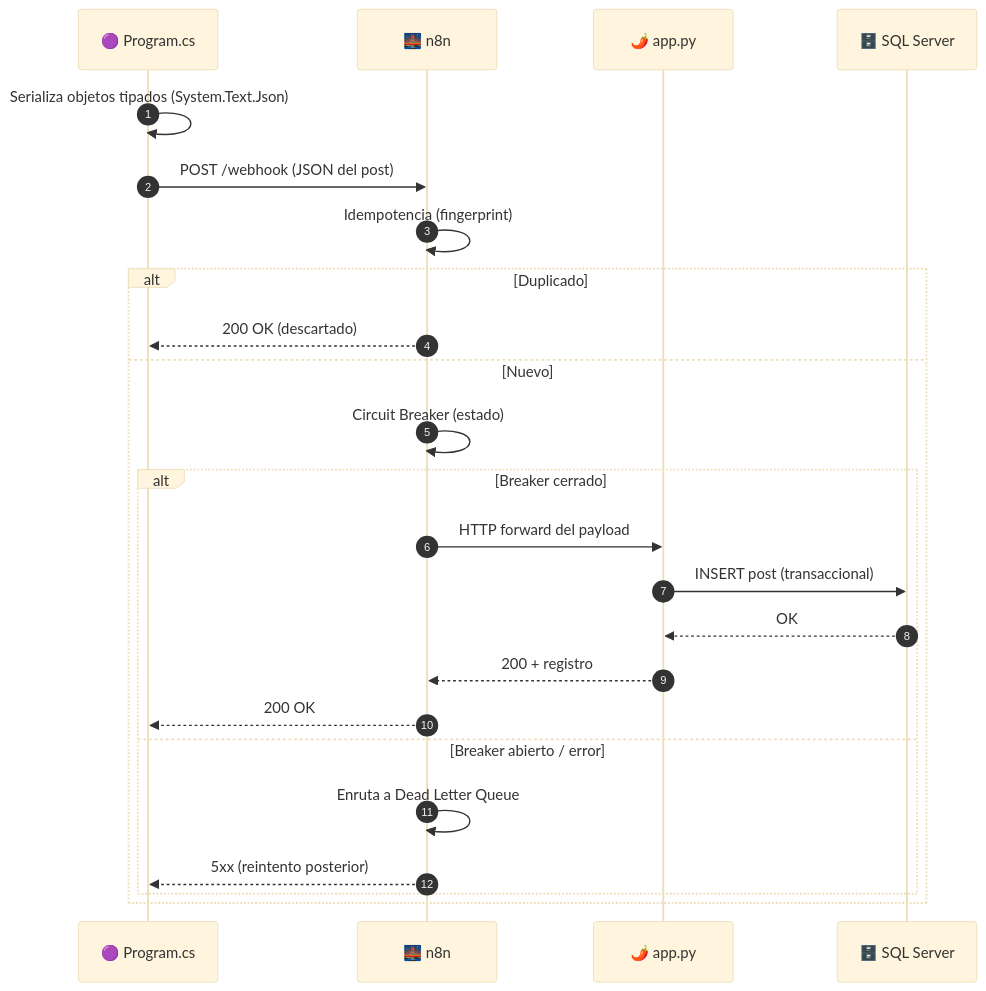
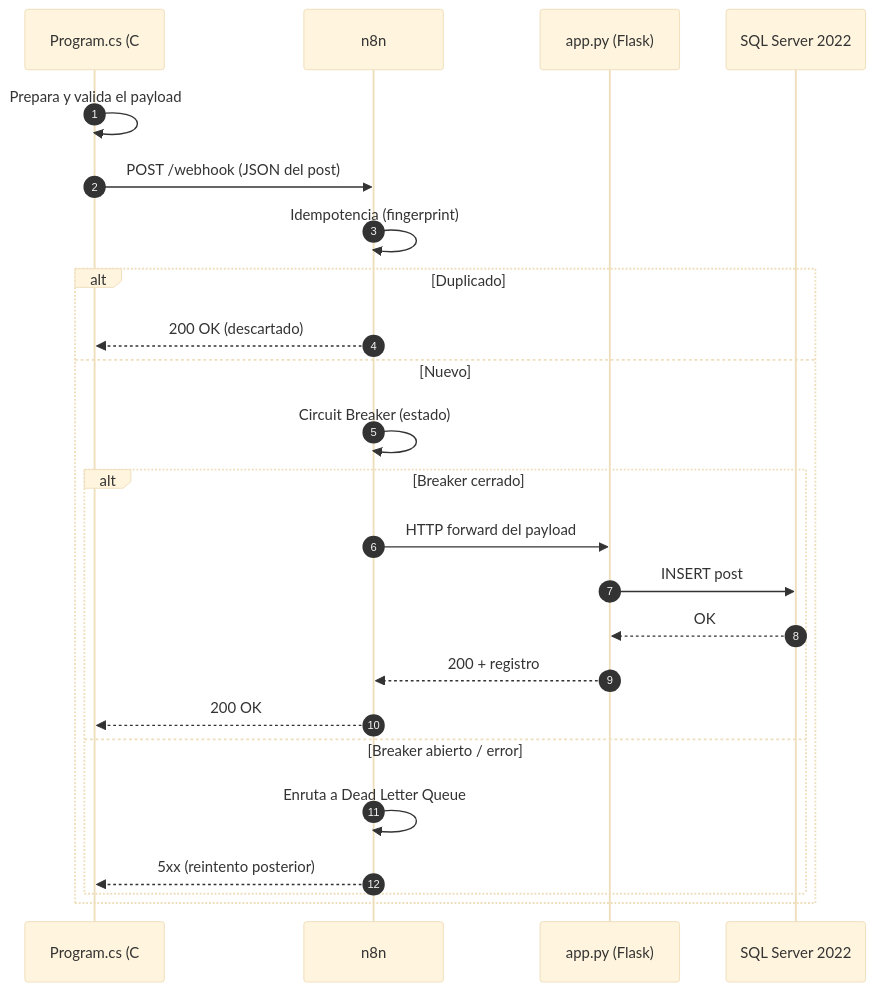
Before and after one commit to vladimiracunadev-create/social-bot-scheduler: the second of 2 diagrams in cases/08-csharp-to-flask/ARCHITECTURE.md, drawn with Mermaid (base theme). The commit also changed other lines of this file and 8 other files, not shown here.

First line of the commit message:
fix(diagrams): Mermaid compatible con GitHub (securityLevel strict)

````diff
--- a/cases/08-csharp-to-flask/ARCHITECTURE.md
+++ b/cases/08-csharp-to-flask/ARCHITECTURE.md
@@ -66,27 +66,27 @@
 ```mermaid
 sequenceDiagram
     autonumber
-    participant Bot as 🟣 Program.cs
-    participant N8N as 🌉 n8n
-    participant Flask as 🌶️ app.py
-    participant DB as 🗄️ SQL Server
+    participant Bot as Program.cs (C# / .NET)
+    participant N8N as n8n
+    participant Dest as app.py (Flask)
+    participant DB as SQL Server 2022
 
-    Bot->>Bot: Serializa objetos tipados (System.Text.Json)
+    Bot->>Bot: Prepara y valida el payload
     Bot->>N8N: POST /webhook (JSON del post)
     N8N->>N8N: Idempotencia (fingerprint)
     alt Duplicado
         N8N-->>Bot: 200 OK (descartado)
     else Nuevo
         N8N->>N8N: Circuit Breaker (estado)
         alt Breaker cerrado
-            N8N->>Flask: HTTP forward del payload
-            Flask->>DB: INSERT post (transaccional)
-            DB-->>Flask: OK
-            Flask-->>N8N: 200 + registro
+            N8N->>Dest: HTTP forward del payload
+            Dest->>DB: INSERT post
+            DB-->>Dest: OK
+            Dest-->>N8N: 200 + registro
             N8N-->>Bot: 200 OK
         else Breaker abierto / error
             N8N->>N8N: Enruta a Dead Letter Queue
             N8N-->>Bot: 5xx (reintento posterior)
         end
     end
 ```
````
